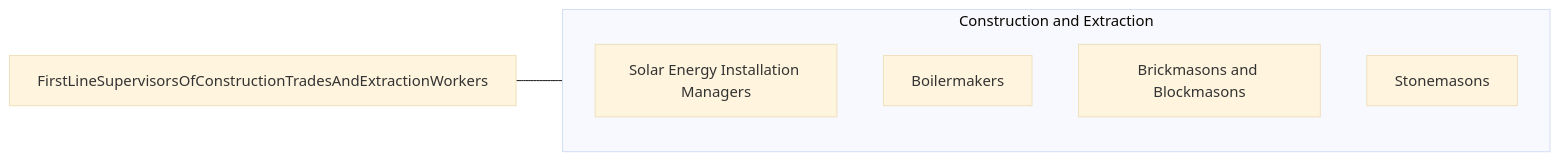
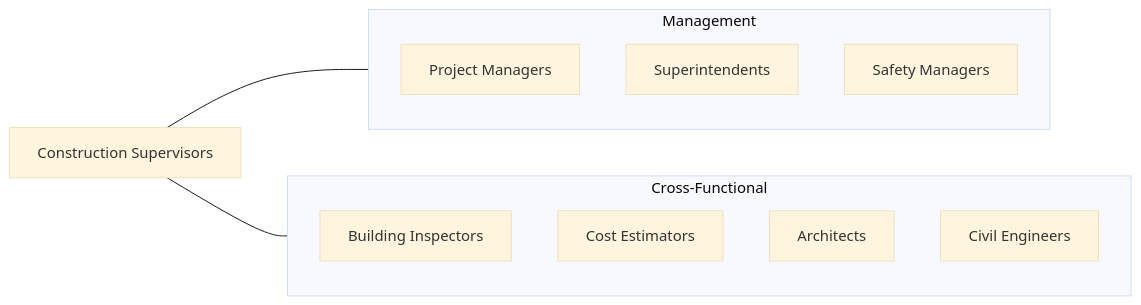
One commit to kziemski/business.org.ai changed the fourth of 4 diagrams in occupations/Construction/FirstLineSupervisorsOfConstructionTradesAndExtractionWorkers.mdx. Above: the diagram before and after it, drawn with Mermaid (base theme). The commit also changed other lines of this file and 938 other files, not shown here.

````diff
--- a/occupations/Construction/FirstLineSupervisorsOfConstructionTradesAndExtractionWorkers.mdx
+++ b/occupations/Construction/FirstLineSupervisorsOfConstructionTradesAndExtractionWorkers.mdx
@@ -112,13 +207,20 @@
 ```mermaid
 graph LR
-    Current["FirstLineSupervisorsOfConstructionTradesAndExtractionWorkers"]
+    Current["Construction Supervisors"]
 
-    subgraph SameCategory["Construction and Extraction"]
-        SolarEnergyInstallat["Solar Energy Installation Managers"]
-        Boilermakers["Boilermakers"]
-        BrickmasonsAndBlockm["Brickmasons and Blockmasons"]
-        Stonemasons["Stonemasons"]
+    subgraph SameCategory["Management"]
+        PM["Project Managers"]
+        Super["Superintendents"]
+        Safety["Safety Managers"]
+    end
+
+    subgraph CrossFunctional["Cross-Functional"]
+        Inspector["Building Inspectors"]
+        Estimator["Cost Estimators"]
+        Architect["Architects"]
+        Engineer["Civil Engineers"]
     end
 
     Current --- SameCategory
+    Current --- CrossFunctional
 ```
````
